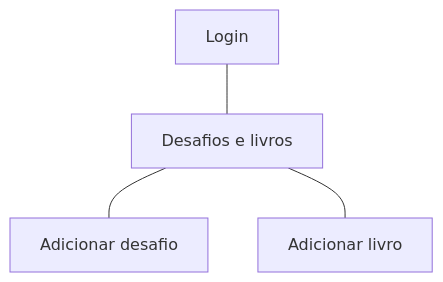
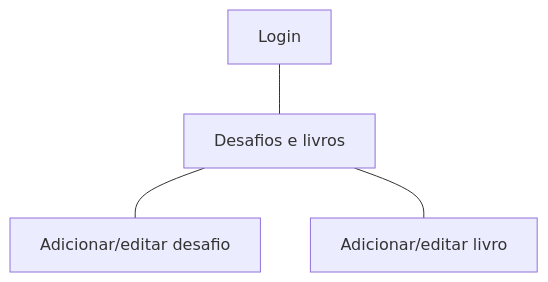
One commit to tads-cnat/pratiler changed the second of 2 diagrams in doc/prototipos/prototipos.md. Above: the diagram before and after it, drawn with Mermaid.

````diff
--- a/doc/prototipos/prototipos.md
+++ b/doc/prototipos/prototipos.md
@@ -32,6 +32,6 @@
 ```mermaid
 flowchart TD
 1[Login] --- 2[Desafios e livros]
-2 --- 3[Adicionar desafio]
-2 --- 4[Adicionar livro]
+2 --- 3[Adicionar/editar desafio]
+2 --- 4[Adicionar/editar livro]
 ```
````
